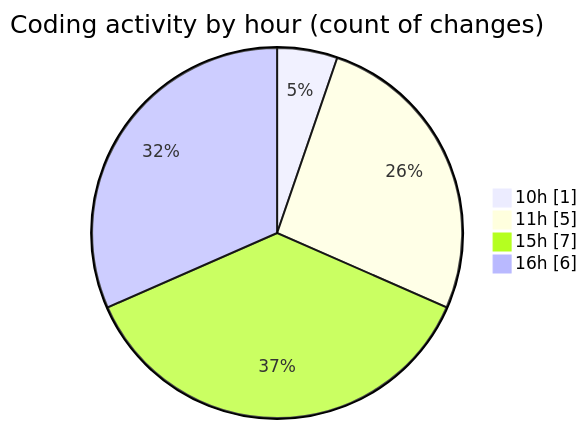
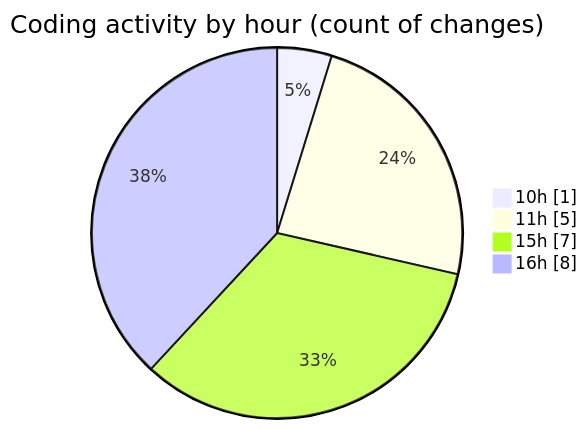
One commit to nxtqubesakshisongat/code-tracking changed the second of 2 diagrams in 2026-01-07/nxtqube_webapp/README.md. Above: the diagram before and after it, drawn with Mermaid. The commit also changed other lines of this file and 1 other file, not shown here.

````diff
--- a/2026-01-07/nxtqube_webapp/README.md
+++ b/2026-01-07/nxtqube_webapp/README.md
@@ -35,8 +35,8 @@
 ```mermaid
 pie showData
 title Coding activity by hour (count of changes)
 "10h" : 1
 "11h" : 5
 "15h" : 7
-"16h" : 6
+"16h" : 8
 ```
````
